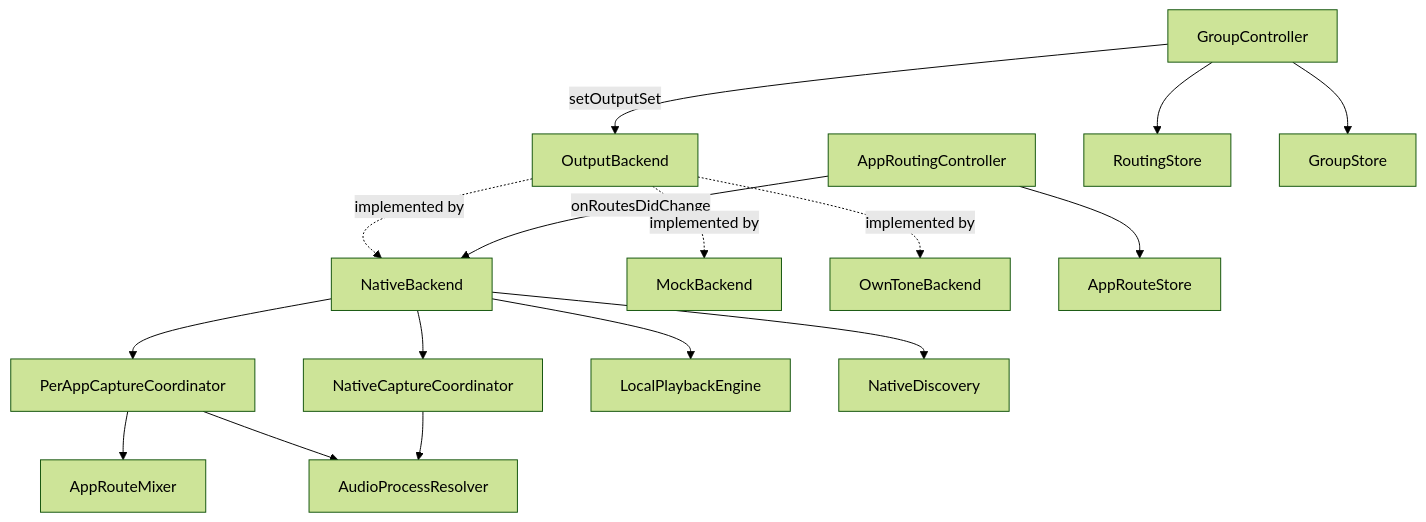
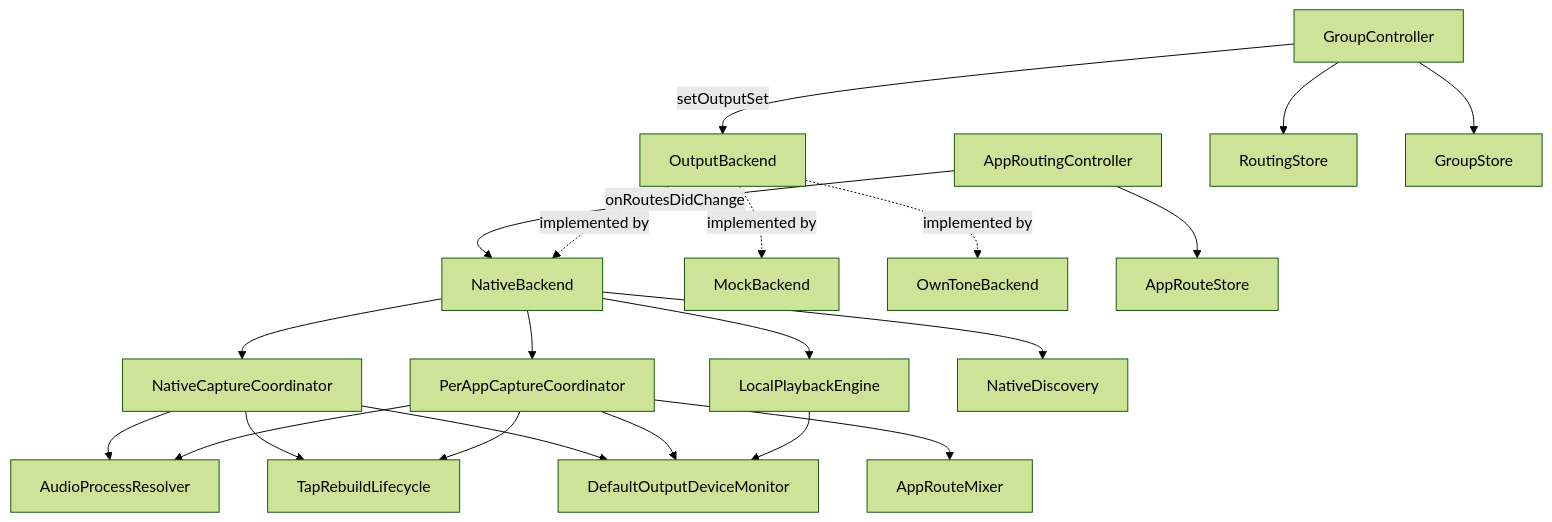
The diagram in AudiouterCore/Sources/AudiouterCore/AGENTS.md (aa-hh/Audiout), drawn with Mermaid (forest theme) before and after one commit. The commit also changed other lines of this file and 3 other files, not shown here.

````diff
--- a/AudiouterCore/Sources/AudiouterCore/AGENTS.md
+++ b/AudiouterCore/Sources/AudiouterCore/AGENTS.md
@@ -34,18 +34,23 @@
 ```mermaid
 flowchart TD
     GC[GroupController] -->|setOutputSet| OB[OutputBackend]
     ARC[AppRoutingController] -->|onRoutesDidChange| NB[NativeBackend]
     OB -.implemented by.-> NB
     OB -.implemented by.-> MB[MockBackend]
     OB -.implemented by.-> OTB[OwnToneBackend]
     NB --> NCC[NativeCaptureCoordinator]
     NB --> PACC[PerAppCaptureCoordinator]
     PACC --> ARM[AppRouteMixer]
     NCC --> APR[AudioProcessResolver]
     PACC --> APR
+    NCC --> TRL[TapRebuildLifecycle]
+    PACC --> TRL
+    NCC --> DODM[DefaultOutputDeviceMonitor]
+    PACC --> DODM
+    LPE --> DODM
     NB --> LPE[LocalPlaybackEngine]
     NB --> ND[NativeDiscovery]
     GC --> RS[RoutingStore]
     GC --> GS[GroupStore]
     ARC --> ARS[AppRouteStore]
 ```
````
